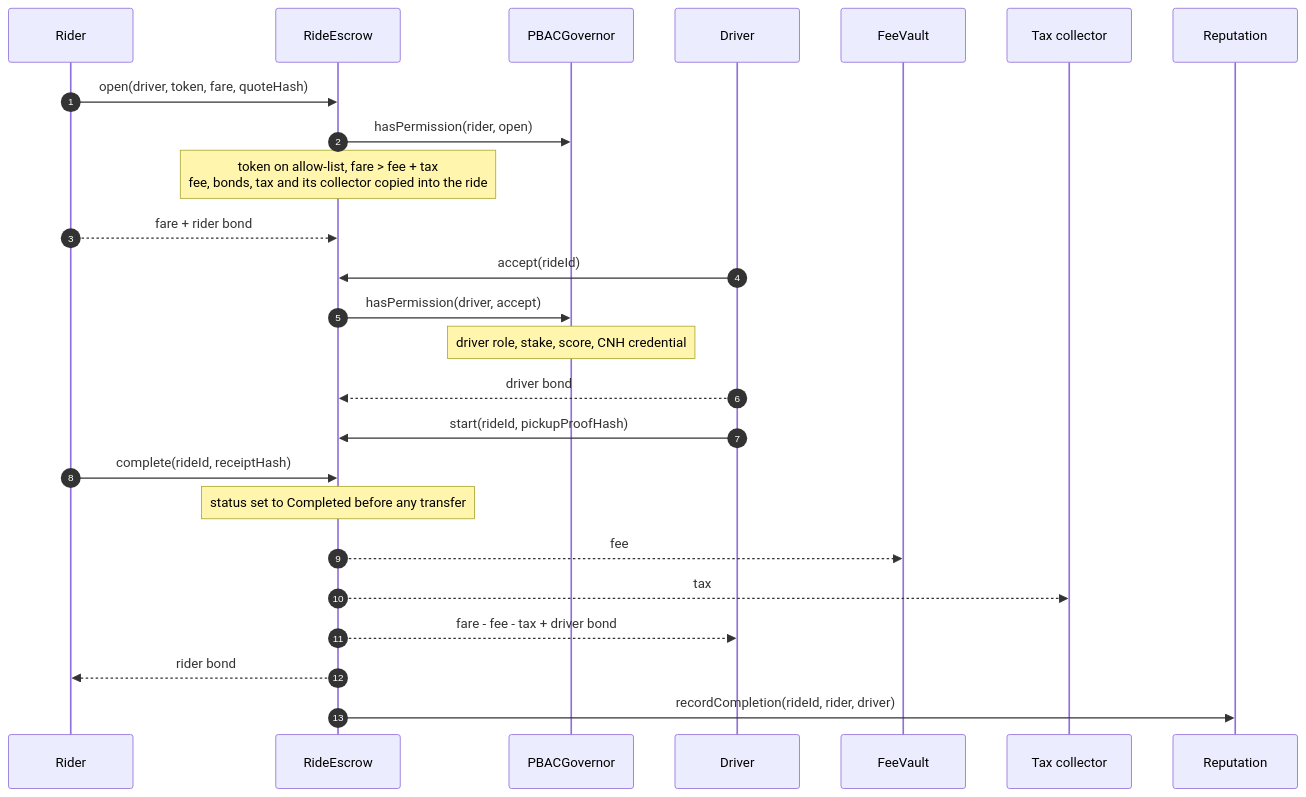
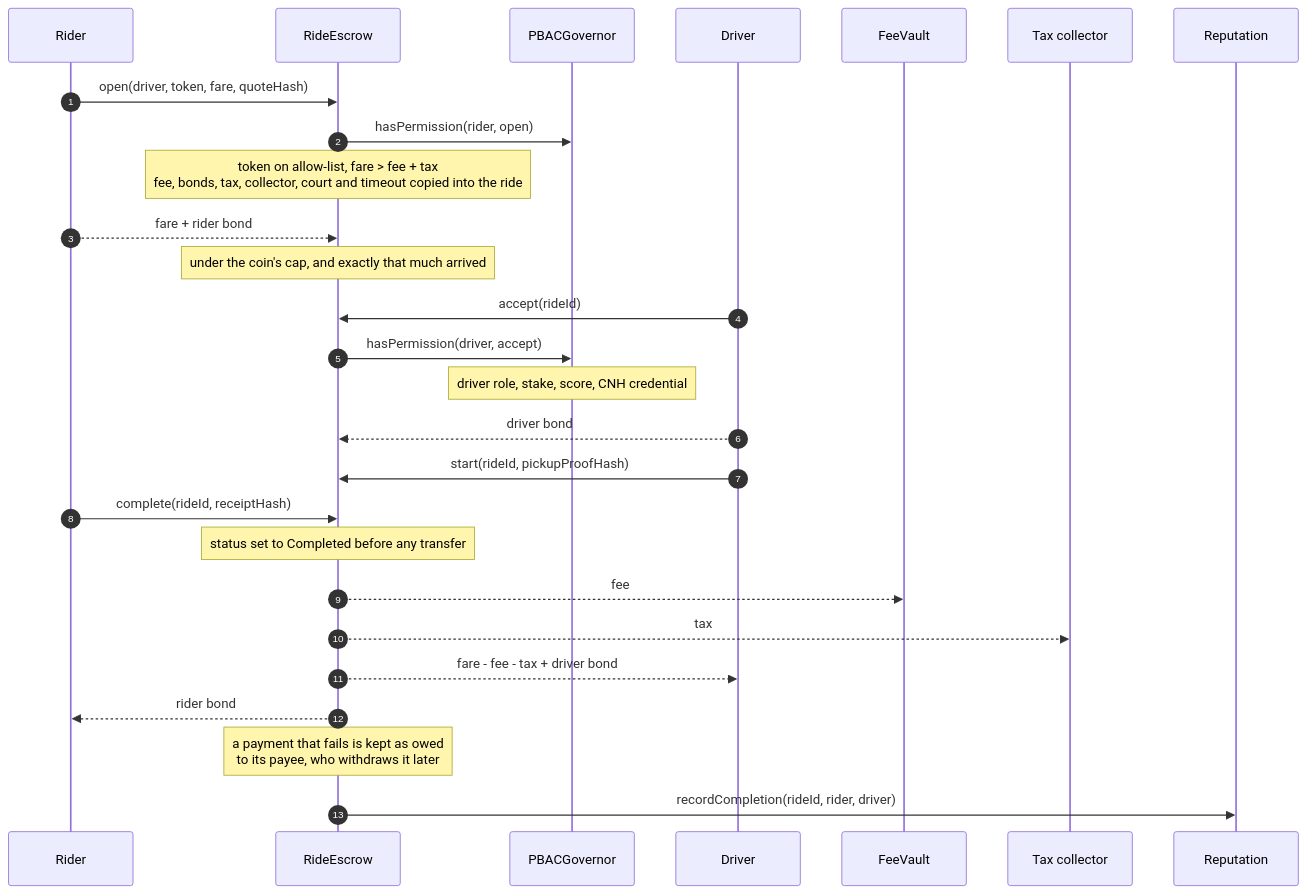
One commit to MuriloSchaefer/klippelgo changed the first of 4 diagrams in contracts/docs/security.md. Above: the diagram before and after it, drawn with Mermaid. The commit also changed other lines of this file and 34 other files, not shown here.

````diff
--- a/contracts/docs/security.md
+++ b/contracts/docs/security.md
@@ -55,28 +68,30 @@
 ```mermaid
 sequenceDiagram
     autonumber
     participant R as Rider
     participant E as RideEscrow
     participant G as PBACGovernor
     participant D as Driver
     participant V as FeeVault
     participant T as Tax collector
     participant P as Reputation
 
     R->>E: open(driver, token, fare, quoteHash)
     E->>G: hasPermission(rider, open)
-    Note over E: token on allow-list, fare > fee + tax<br/>fee, bonds, tax and its collector copied into the ride
+    Note over E: token on allow-list, fare > fee + tax<br/>fee, bonds, tax, collector, court and timeout copied into the ride
     R-->>E: fare + rider bond
+    Note over E: under the coin's cap, and exactly that much arrived
     D->>E: accept(rideId)
     E->>G: hasPermission(driver, accept)
     Note over G: driver role, stake, score, CNH credential
     D-->>E: driver bond
     D->>E: start(rideId, pickupProofHash)
     R->>E: complete(rideId, receiptHash)
     Note over E: status set to Completed before any transfer
     E-->>V: fee
     E-->>T: tax
     E-->>D: fare - fee - tax + driver bond
     E-->>R: rider bond
+    Note over E: a payment that fails is kept as owed<br/>to its payee, who withdraws it later
     E->>P: recordCompletion(rideId, rider, driver)
 ```
````
